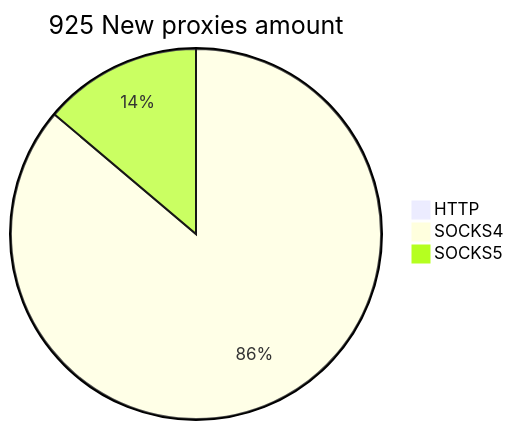
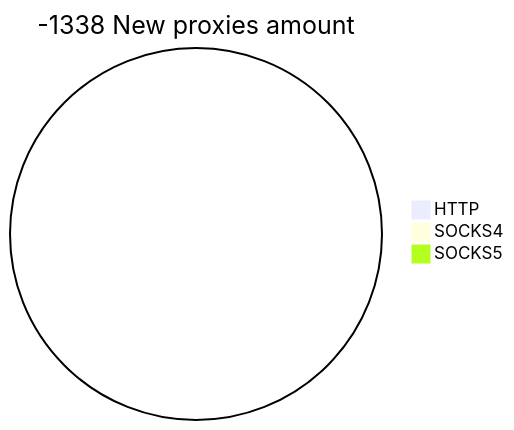
One commit to cutipu/proxylist changed the second of 2 diagrams in README.md. Above: the diagram before and after it, drawn with Mermaid. The commit also changed other lines of this file, not shown here.

````diff
--- a/README.md
+++ b/README.md
@@ -10,6 +10,6 @@
 ```mermaid
-pie title 925 New proxies amount
+pie title -1338 New proxies amount
     "HTTP" : 0
-    "SOCKS4" : 841
-    "SOCKS5" : 135
+    "SOCKS4" : 0
+    "SOCKS5" : 0
 ```
````
